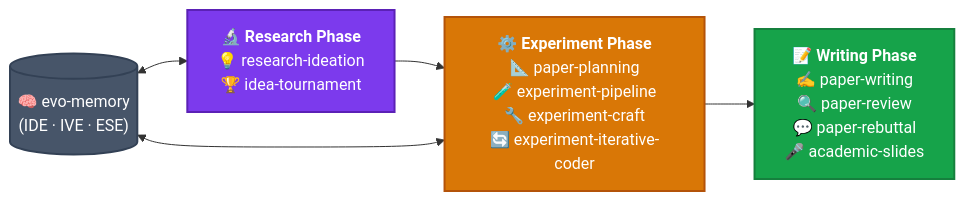
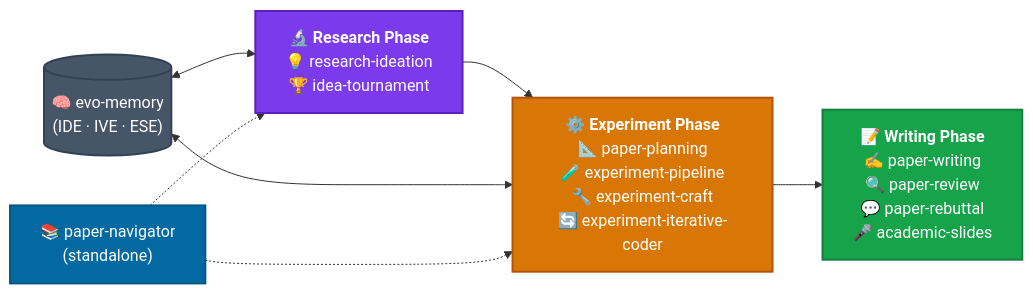
One commit to EvoScientist/EvoSkills changed the diagram in README.md. Above: the diagram before and after it, drawn with Mermaid. The commit also changed other lines of this file and 2 other files, not shown here.

Commit message:
docs: add paper-navigator skill to README and skills documentation

````diff
--- a/README.md
+++ b/README.md
@@ -77,14 +78,17 @@
 ```mermaid
 flowchart LR
     A["<b>🔬 Research Phase</b><br/>💡 research-ideation<br/>🏆 idea-tournament"]
     --> B["<b>⚙️ Experiment Phase</b><br/>📐 paper-planning<br/>🧪 experiment-pipeline<br/>🔧 experiment-craft<br/>🔄 experiment-iterative-coder"]
     --> C["<b>📝 Writing Phase</b><br/>✍️ paper-writing<br/>🔍 paper-review<br/>💬 paper-rebuttal<br/>🎤 academic-slides"]
 
     D[("🧠 evo-memory<br/>(IDE · IVE · ESE)")] <--> A
     D <--> B
+    E["📚 paper-navigator<br/>(standalone)"] -.-> A
+    E -.-> B
 
     style A fill:#7C3AED,stroke:#5B21B6,stroke-width:2px,color:#fff
     style B fill:#D97706,stroke:#B45309,stroke-width:2px,color:#fff
     style C fill:#16A34A,stroke:#15803D,stroke-width:2px,color:#fff
     style D fill:#475569,stroke:#334155,stroke-width:2px,color:#fff
+    style E fill:#0369A1,stroke:#075985,stroke-width:2px,color:#fff
 ```
````
